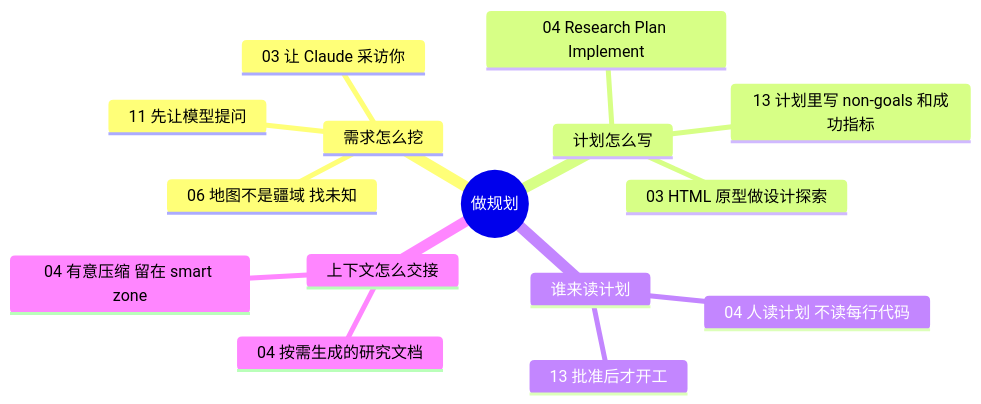
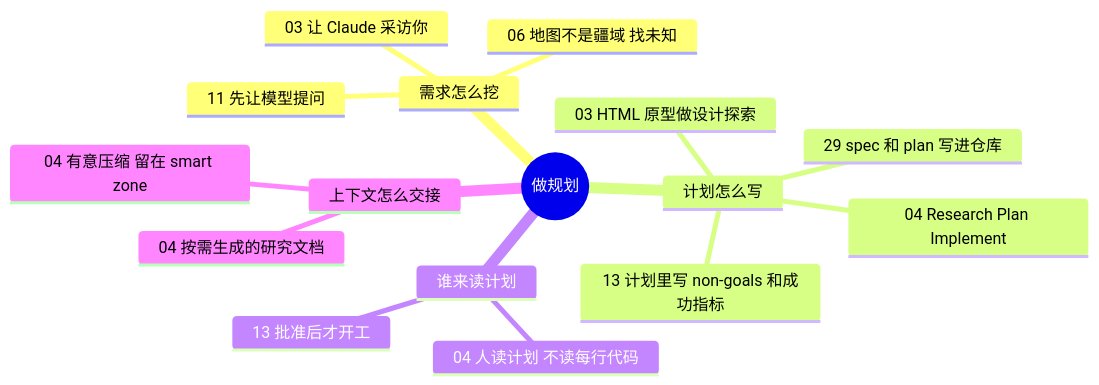
The diagram in docs/guide/planning.md (yzw7489757/ai-coding-videos), drawn with Mermaid before and after one commit. The commit also changed other lines of this file and 34 other files, not shown here.

````diff
--- a/docs/guide/planning.md
+++ b/docs/guide/planning.md
@@ -13,18 +13,19 @@
 ```mermaid
 mindmap
   root((做规划))
     需求怎么挖
       03 让 Claude 采访你
       06 地图不是疆域 找未知
       11 先让模型提问
     计划怎么写
       04 Research Plan Implement
       13 计划里写 non-goals 和成功指标
       03 HTML 原型做设计探索
+      29 spec 和 plan 写进仓库
     谁来读计划
       04 人读计划 不读每行代码
       13 批准后才开工
     上下文怎么交接
       04 有意压缩 留在 smart zone
       04 按需生成的研究文档
 ```
````
